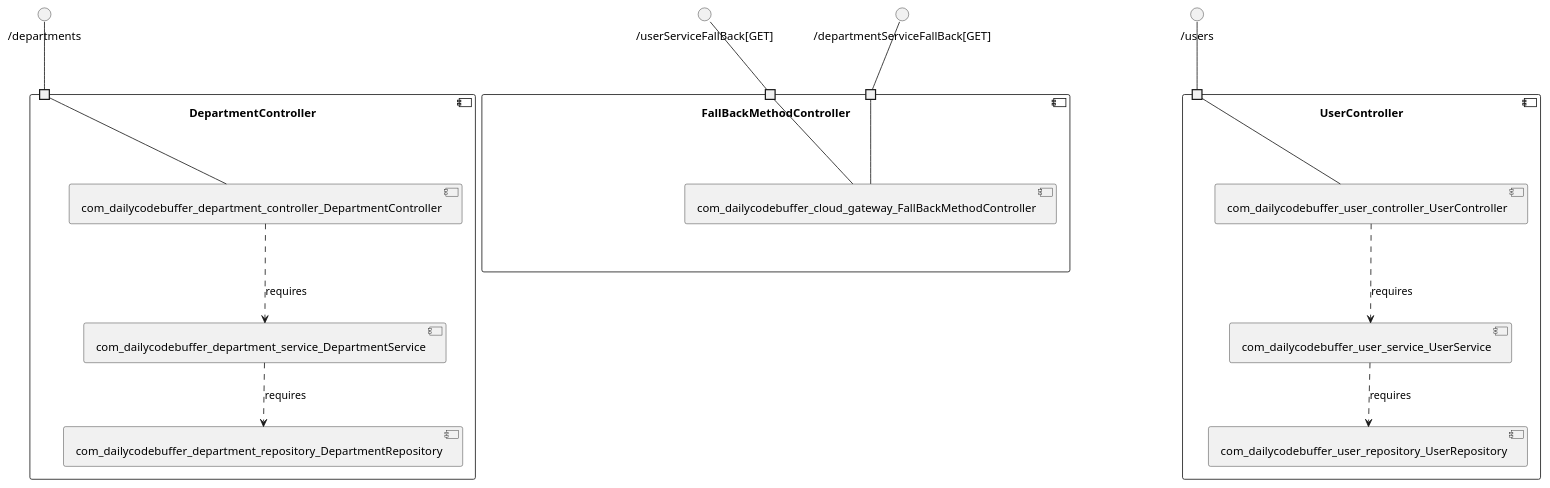
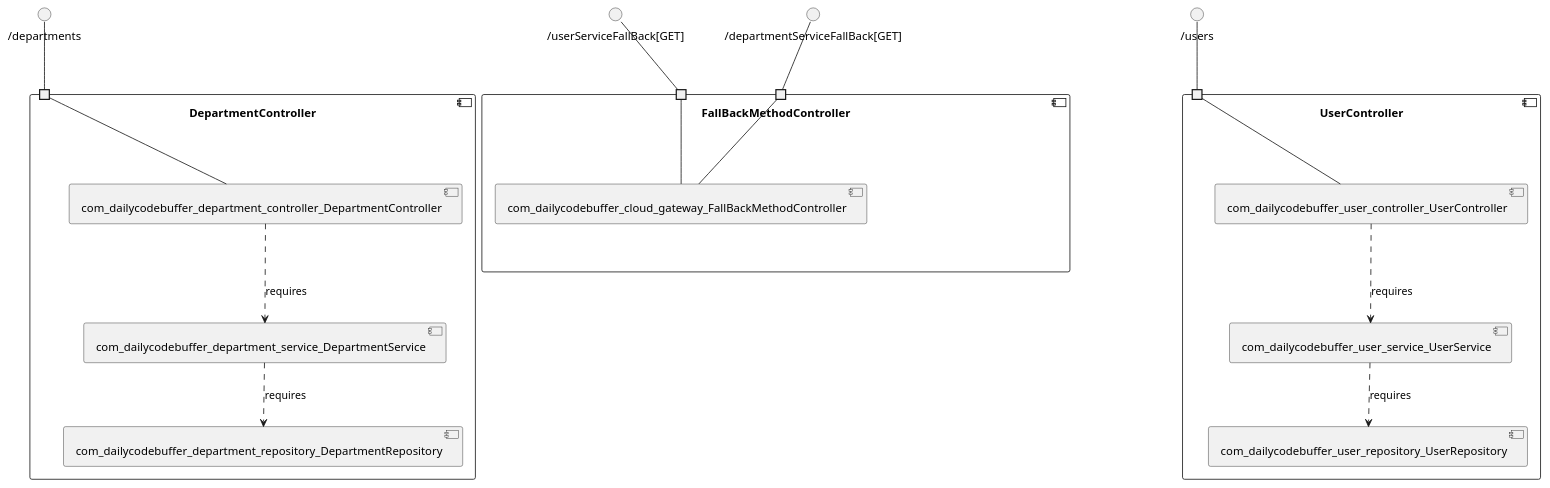
The diagram in shabbirdwd-springboot/model_re/uml/componentDiagram.puml (View-Based-Reverse-Engineering/Retriever-Benchmark), drawn with PlantUML before and after one commit. The commit also changed other lines of this file and 165 other files, not shown here.

```diff
--- a/shabbirdwd-springboot/model_re/uml/componentDiagram.puml
+++ b/shabbirdwd-springboot/model_re/uml/componentDiagram.puml
@@ -1,37 +1,37 @@
 @startuml
 skinparam fixCircleLabelOverlapping true
 component "DepartmentController\n\n\n\n\n\n" {
-[com_dailycodebuffer_department_service_DepartmentService]
 [com_dailycodebuffer_department_controller_DepartmentController]
 [com_dailycodebuffer_department_repository_DepartmentRepository]
+[com_dailycodebuffer_department_service_DepartmentService]
 portin " " as DepartmentController.requires._departments
+[com_dailycodebuffer_department_controller_DepartmentController]..>[com_dailycodebuffer_department_service_DepartmentService] : requires
 [com_dailycodebuffer_department_service_DepartmentService]..>[com_dailycodebuffer_department_repository_DepartmentRepository] : requires
-[com_dailycodebuffer_department_controller_DepartmentController]..>[com_dailycodebuffer_department_service_DepartmentService] : requires
 "DepartmentController.requires._departments"--[com_dailycodebuffer_department_controller_DepartmentController]
 }
 interface "/departments" as interface._departments
 interface._departments--"DepartmentController.requires._departments"
 component "FallBackMethodController\n\n\n\n\n\n" {
 [com_dailycodebuffer_cloud_gateway_FallBackMethodController]
+portin " " as FallBackMethodController.requires._userServiceFallBack_GET_
 portin " " as FallBackMethodController.requires._departmentServiceFallBack_GET_
-portin " " as FallBackMethodController.requires._userServiceFallBack_GET_
 "FallBackMethodController.requires._userServiceFallBack_GET_"--[com_dailycodebuffer_cloud_gateway_FallBackMethodController]
 "FallBackMethodController.requires._departmentServiceFallBack_GET_"--[com_dailycodebuffer_cloud_gateway_FallBackMethodController]
 }
 interface "/userServiceFallBack[GET]" as interface._userServiceFallBack_GET_
 interface._userServiceFallBack_GET_--"FallBackMethodController.requires._userServiceFallBack_GET_"
 interface "/departmentServiceFallBack[GET]" as interface._departmentServiceFallBack_GET_
 interface._departmentServiceFallBack_GET_--"FallBackMethodController.requires._departmentServiceFallBack_GET_"
 component "UserController\n\n\n\n\n\n" {
 [com_dailycodebuffer_user_service_UserService]
+[com_dailycodebuffer_user_repository_UserRepository]
 [com_dailycodebuffer_user_controller_UserController]
-[com_dailycodebuffer_user_repository_UserRepository]
 portin " " as UserController.requires._users
 [com_dailycodebuffer_user_service_UserService]..>[com_dailycodebuffer_user_repository_UserRepository] : requires
 [com_dailycodebuffer_user_controller_UserController]..>[com_dailycodebuffer_user_service_UserService] : requires
 "UserController.requires._users"--[com_dailycodebuffer_user_controller_UserController]
 }
 interface "/users" as interface._users
 interface._users--"UserController.requires._users"
 
 @enduml
```
